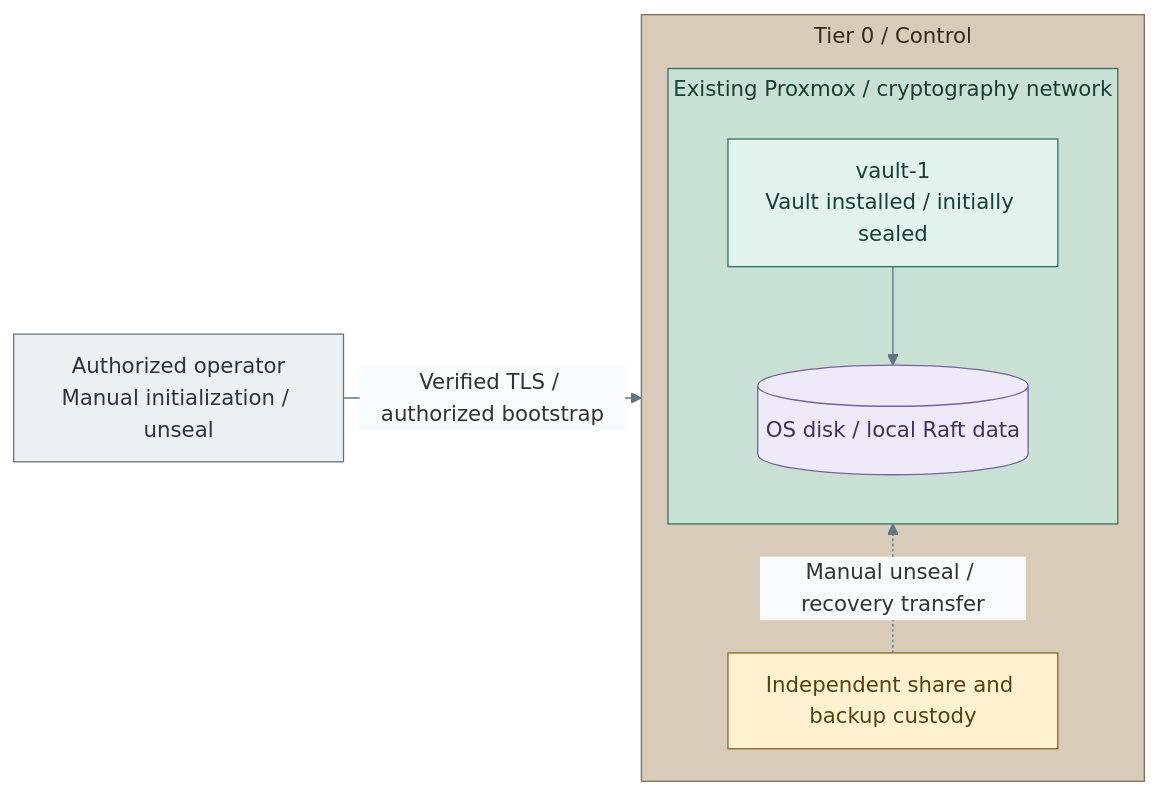
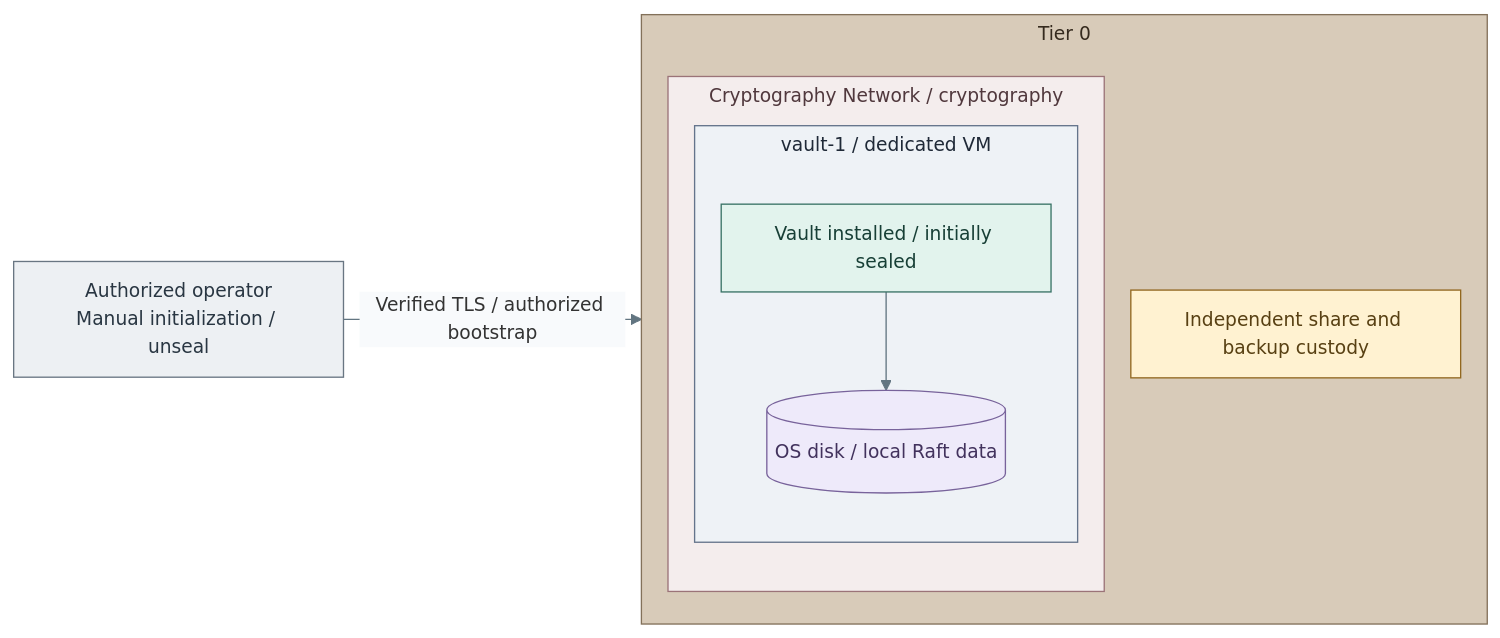
Before and after one commit to Rexus/homelab: the diagram in docs/03-deployment/stage-6-secrets/step-1b-vault-vm.md, drawn with Mermaid. The commit also changed 124 other files, not shown here.

First line of the commit message:
fix(platform): align service diagrams and directory failover

````diff
--- a/docs/03-deployment/stage-6-secrets/step-1b-vault-vm.md
+++ b/docs/03-deployment/stage-6-secrets/step-1b-vault-vm.md
@@ -18,31 +18,34 @@
 ```mermaid
-%%{init: {"theme":"base","flowchart":{"nodeSpacing":20,"rankSpacing":24,"padding":12,"subGraphTitleMargin":{"top":4,"bottom":12}},"themeVariables":{"lineColor":"#627581","edgeLabelBackground":"#f8fafc"}}}%%
+%%{init: {"theme":"base","flowchart":{"nodeSpacing":20,"rankSpacing":24,"padding":12,"subGraphTitleMargin":{"top":4,"bottom":18}},"themeVariables":{"lineColor":"#627581","edgeLabelBackground":"#f8fafc","fontFamily":"Arial, sans-serif","fontSize":"14px"},"fontFamily":"Arial, sans-serif"}}%%
 flowchart LR
   Operator["Authorized operator<br/>Manual initialization / unseal"]
-  subgraph T0["Tier 0 / Control"]
+  subgraph T0["Tier 0"]
     direction BT
+    subgraph Network["Cryptography Network / cryptography"]
+      direction TB
+      subgraph Guest["vault-1 / dedicated VM"]
+        VM["Vault installed / initially sealed"]
+        Data[("OS disk / local Raft data")]
+        VM --> Data
+      end
+    end
     Recovery["Independent share and backup custody"]
-    subgraph PVE["Existing Proxmox / cryptography network"]
-      direction TB
-      VM["vault-1<br/>Vault installed / initially sealed"]
-      Data[("OS disk / local Raft data")]
-      VM --> Data
-    end
-    Recovery -. Manual unseal / recovery transfer .-> PVE
   end
-  Operator -->|Verified TLS / authorized bootstrap| T0
+  Operator -->|Verified TLS / authorized bootstrap| VM
   classDef default fill:#f8fafc,stroke:#64748b,color:#1f2937
   classDef actor fill:#edf0f3,stroke:#697682,color:#293642
   classDef control fill:#e2f3ed,stroke:#397366,color:#173f36
   classDef data fill:#eeeafa,stroke:#78639b,color:#42325d
   classDef boundary fill:#eef2f6,stroke:#64748b,color:#1f2937
   classDef custody fill:#fff2d1,stroke:#926820,color:#584013
   class Operator actor
   class VM control
   class Data data
   class Recovery custody
   classDef tier0 fill:#d8cbb9,stroke:#83715a,color:#352a1e
   class T0 tier0
   classDef zoneControl fill:#c9e0d5,stroke:#397366,color:#173f36
-  class PVE zoneControl
+  class Guest boundary
+  classDef network fill:#f4eded,stroke:#9b7378,color:#50383d
+  class Network network
 ```
````
